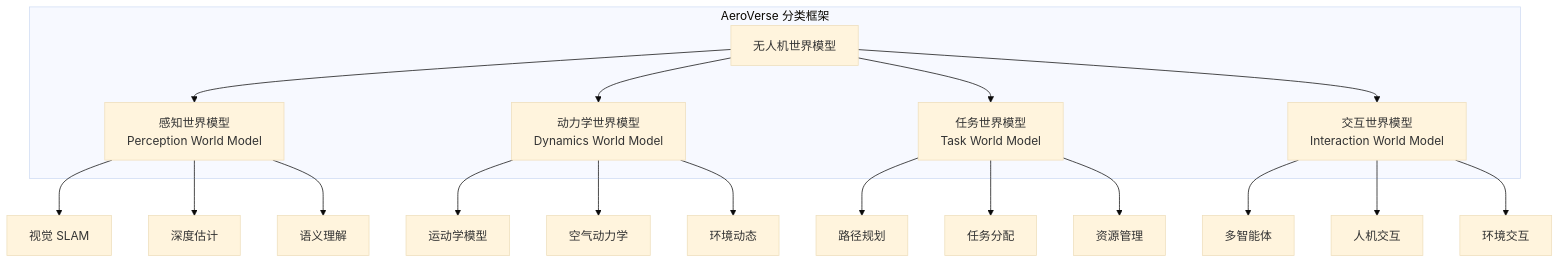
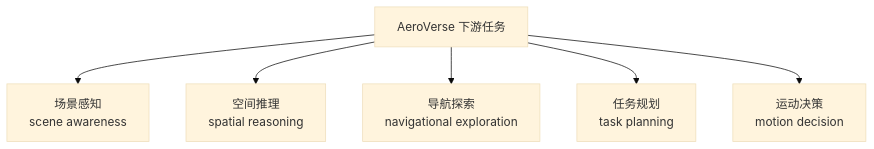
The second of 8 diagrams in docs/02-世界模型专题/05-无人机世界模型综述.md (Qxy661/UAV-WM-VLA-Learning), drawn with Mermaid (base theme) before and after one commit. The commit also changed other lines of this file and 44 other files, not shown here.

````diff
--- a/docs/02-世界模型专题/05-无人机世界模型综述.md
+++ b/docs/02-世界模型专题/05-无人机世界模型综述.md
@@ -36,25 +48,8 @@
 ```mermaid
 graph TB
-    subgraph "AeroVerse 分类框架"
-        A[无人机世界模型] --> B[感知世界模型<br/>Perception World Model]
-        A --> C[动力学世界模型<br/>Dynamics World Model]
-        A --> D[任务世界模型<br/>Task World Model]
-        A --> E[交互世界模型<br/>Interaction World Model]
-    end
-
-    B --> B1[视觉 SLAM]
-    B --> B2[深度估计]
-    B --> B3[语义理解]
-
-    C --> C1[运动学模型]
-    C --> C2[空气动力学]
-    C --> C3[环境动态]
-
-    D --> D1[路径规划]
-    D --> D2[任务分配]
-    D --> D3[资源管理]
-
-    E --> E1[多智能体]
-    E --> E2[人机交互]
-    E --> E3[环境交互]
+    A[AeroVerse 下游任务] --> B[场景感知<br/>scene awareness]
+    A --> C[空间推理<br/>spatial reasoning]
+    A --> D[导航探索<br/>navigational exploration]
+    A --> E[任务规划<br/>task planning]
+    A --> F[运动决策<br/>motion decision]
 ```
````
